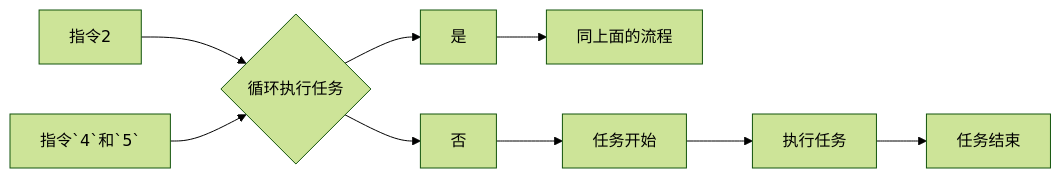
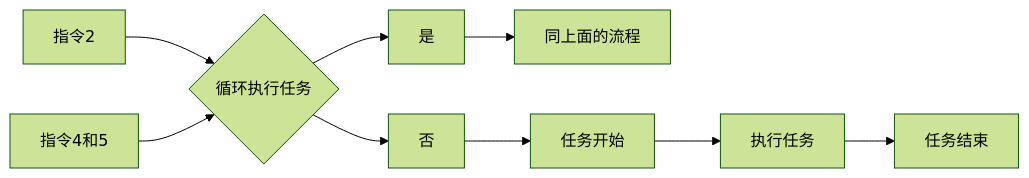
One commit to AndroidCoderPeng/DailyTask changed the second of 2 diagrams in README.md. Above: the diagram before and after it, drawn with Mermaid (forest theme). The commit also changed 2 other files, not shown here.

Commit message:
chore(build): 更新构建工具版本
- 升级 Android Gradle Plugin从 8.3.0 到8.10.0
- 升级 Kotlin 插件版本从 2.2.20 到2.3.0
- 升级 Gradle Wrapper 从 8.4 到 8.12.1
- 修复 README.md 中的指令格式问题

````diff
--- a/README.md
+++ b/README.md
@@ -47,7 +47,7 @@
 ```mermaid
 graph LR
     指令2 --> 判断A{循环执行任务}
     判断A --> 是 --> 同上面的流程
     判断A --> 否 --> 任务开始 --> 执行任务 --> 任务结束
-    指令`4`和`5` --> 判断A
+    指令4和5 --> 判断A
 ```
````
